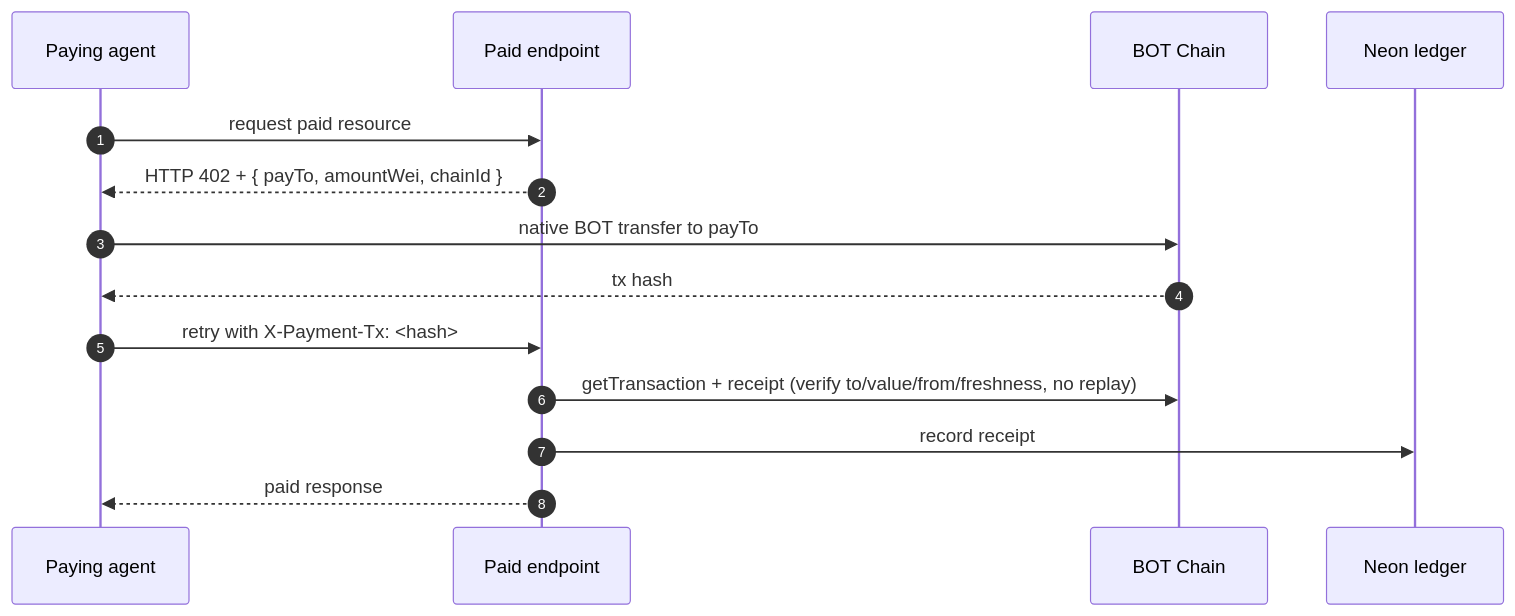
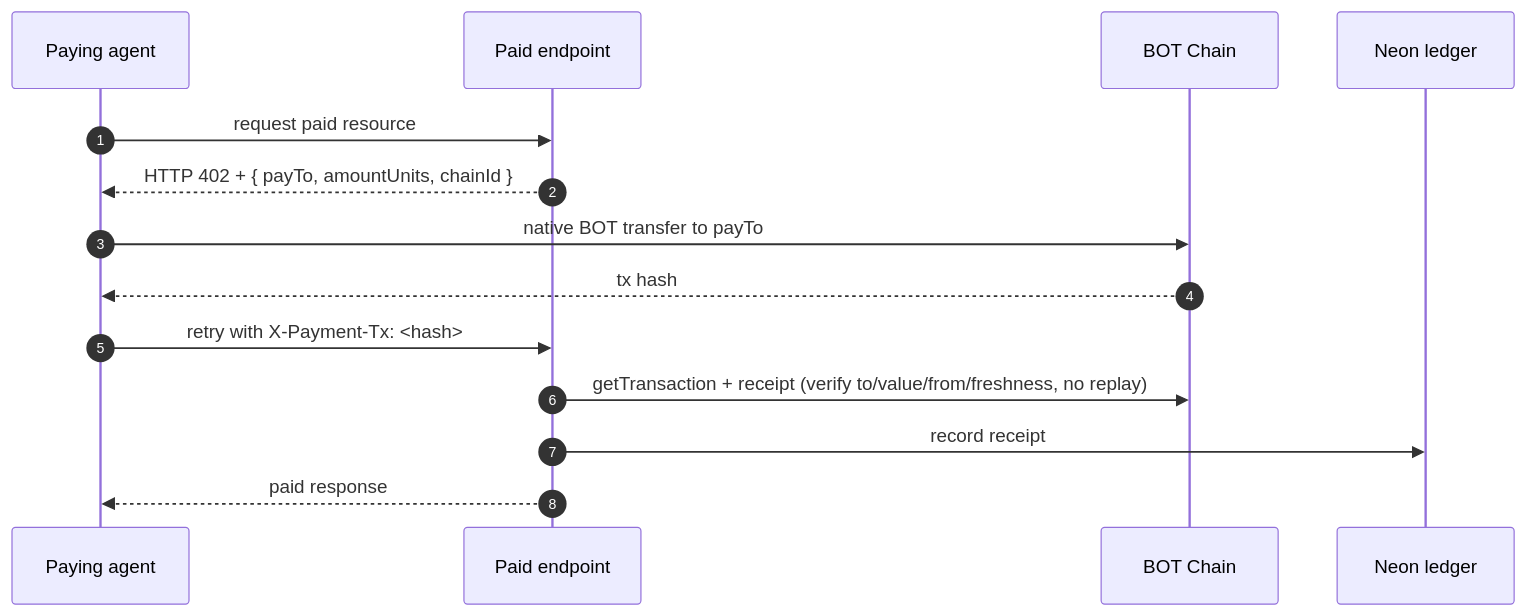
The first of 11 diagrams in README.md (enliven17/mimir-base), drawn with Mermaid before and after one commit. The commit also changed other lines of this file and 87 other files, not shown here.

````diff
--- a/README.md
+++ b/README.md
@@ -29,17 +29,17 @@
 ```mermaid
 sequenceDiagram
     autonumber
     participant Agent as Paying agent
     participant API as Paid endpoint
     participant Chain as BOT Chain
     participant DB as Neon ledger
 
     Agent->>API: request paid resource
-    API-->>Agent: HTTP 402 + { payTo, amountWei, chainId }
+    API-->>Agent: HTTP 402 + { payTo, amountUnits, chainId }
     Agent->>Chain: native BOT transfer to payTo
     Chain-->>Agent: tx hash
     Agent->>API: retry with X-Payment-Tx: <hash>
     API->>Chain: getTransaction + receipt (verify to/value/from/freshness, no replay)
     API->>DB: record receipt
     API-->>Agent: paid response
 ```
````
